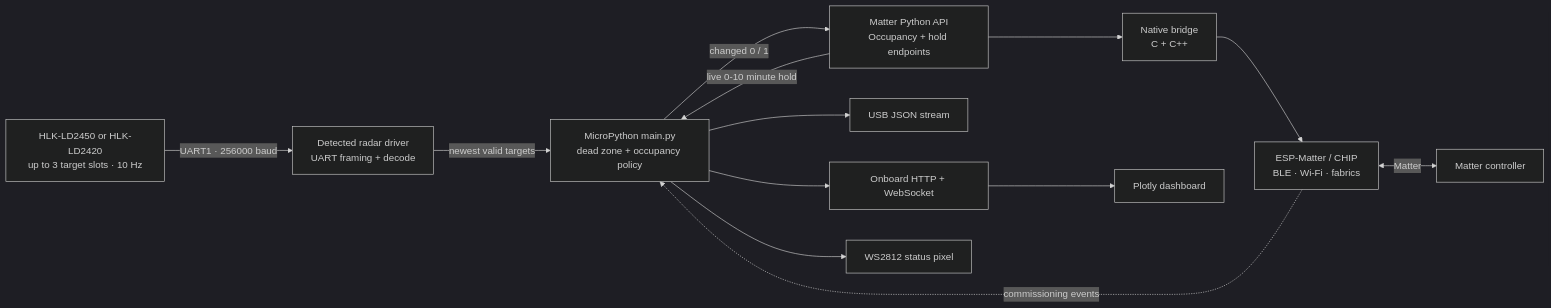
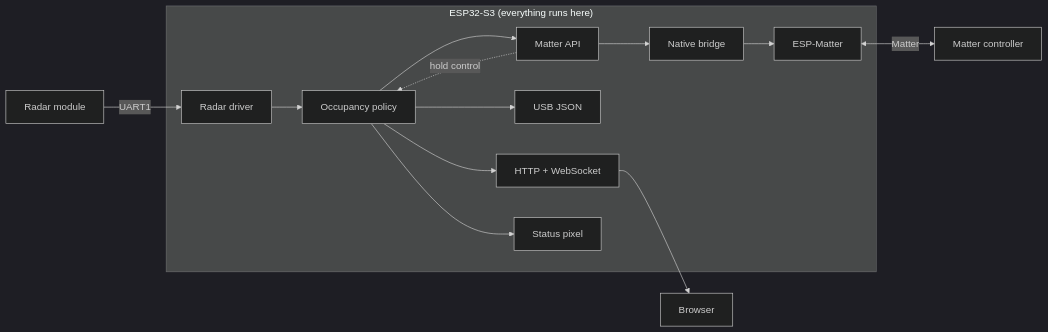
One commit to khlam/micropython-boardfarm changed the first of 3 diagrams in projects/matter-radar-sensor/README.md. Above: the diagram before and after it, drawn with Mermaid (dark theme). The commit also changed other lines of this file and 13 other files, not shown here.

First line of the commit message:
Serve the radar dashboard with Microdot to one offline viewer.

````diff
--- a/projects/matter-radar-sensor/README.md
+++ b/projects/matter-radar-sensor/README.md
@@ -59,27 +9,18 @@
 ```mermaid
 flowchart LR
-    radar["HLK-LD2450 or HLK-LD2420<br/>up to 3 target slots · 10 Hz"]
-    driver["Detected radar driver<br/>UART framing + decode"]
-    policy["MicroPython main.py<br/>dead zone + occupancy policy"]
-    matter["Matter Python API<br/>Occupancy + hold endpoints"]
-    native["Native bridge<br/>C + C++"]
-    stack["ESP-Matter / CHIP<br/>BLE · Wi-Fi · fabrics"]
+    radar["Radar module"]
     controller["Matter controller"]
-
-    serial["USB JSON stream"]
-    onboard["Onboard HTTP + WebSocket"]
-    browser["Plotly dashboard"]
-    pixel["WS2812 status pixel"]
-
-    radar -->|"UART1 · 256000 baud"| driver
-    driver -->|"newest valid targets"| policy
-    policy -->|"changed 0 / 1"| matter
-    matter -->|"live 0-10 minute hold"| policy
-    matter --> native --> stack
-    stack <-->|Matter| controller
-
-    policy --> serial
-    policy --> onboard --> browser
-    stack -.->|"commissioning events"| policy
-    policy --> pixel
+    browser["Browser"]
+    subgraph board["ESP32-S3 (everything runs here)"]
+        driver["Radar driver"] --> policy["Occupancy policy"]
+        policy --> matter["Matter API"] --> native["Native bridge"]
+        native --> stack["ESP-Matter"]
+        matter -.->|"hold control"| policy
+        policy --> serial["USB JSON"]
+        policy --> web["HTTP + WebSocket"]
+        policy --> pixel["Status pixel"]
+    end
+    radar -->|"UART1"| driver
+    stack <-->|"Matter"| controller
+    web --> browser
 ```
````
